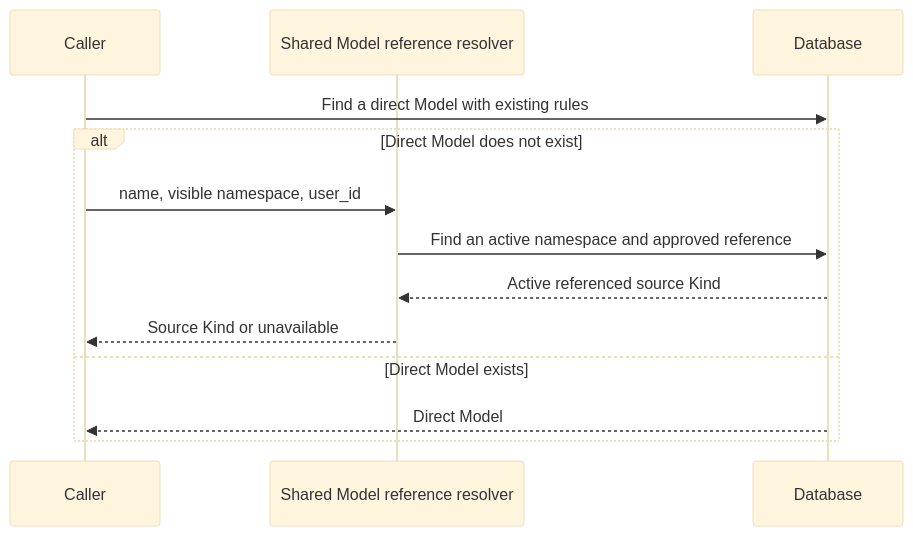
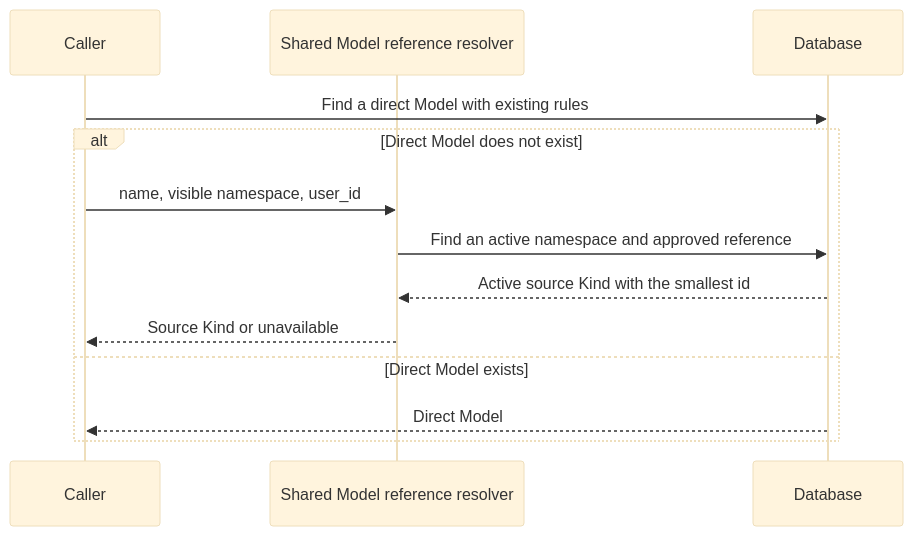
The second of 2 diagrams in docs/en/architecture/capability-reference-resolution.md (wecode-ai/Wegent), drawn with Mermaid (base theme) before and after one commit. The commit also changed other lines of this file and 6 other files, not shown here.

````diff
--- a/docs/en/architecture/capability-reference-resolution.md
+++ b/docs/en/architecture/capability-reference-resolution.md
@@ -26,15 +26,15 @@
 ```mermaid
 sequenceDiagram
     participant C as Caller
     participant R as Shared Model reference resolver
     participant DB as Database
     C->>DB: Find a direct Model with existing rules
     alt Direct Model does not exist
         C->>R: name, visible namespace, user_id
         R->>DB: Find an active namespace and approved reference
-        DB-->>R: Active referenced source Kind
+        DB-->>R: Active source Kind with the smallest id
         R-->>C: Source Kind or unavailable
     else Direct Model exists
         DB-->>C: Direct Model
     end
 ```
````
